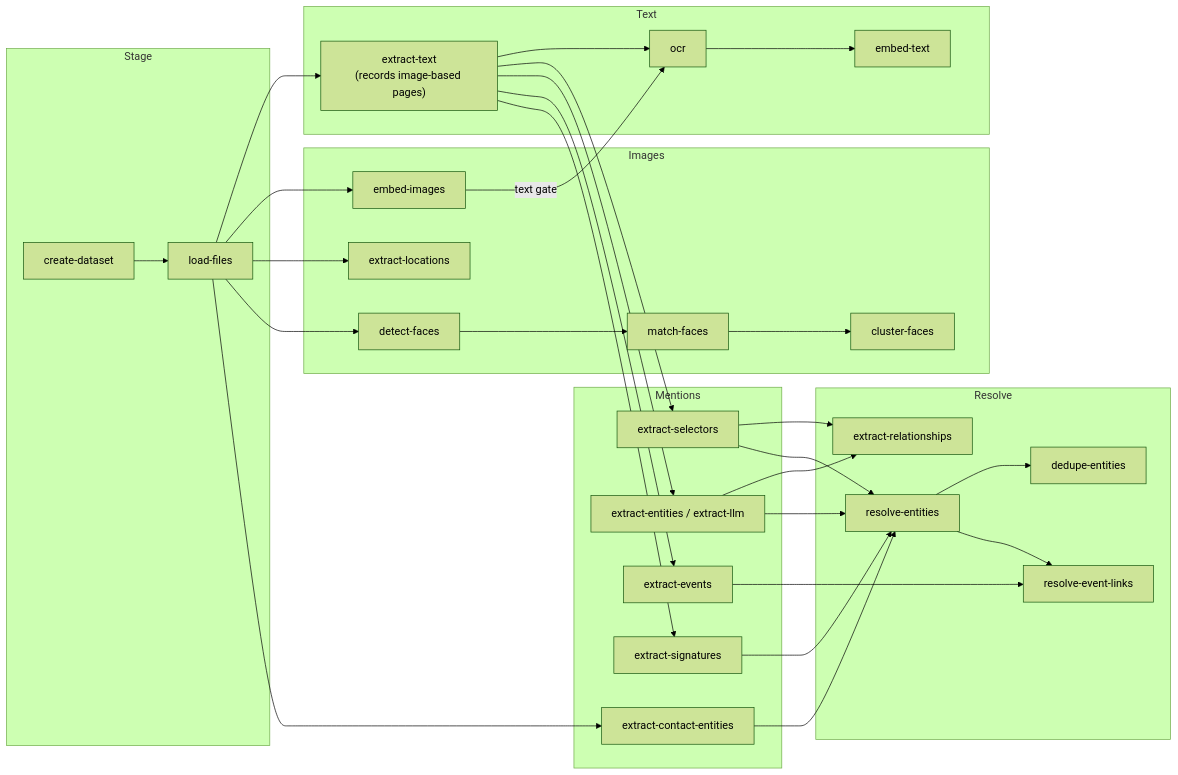
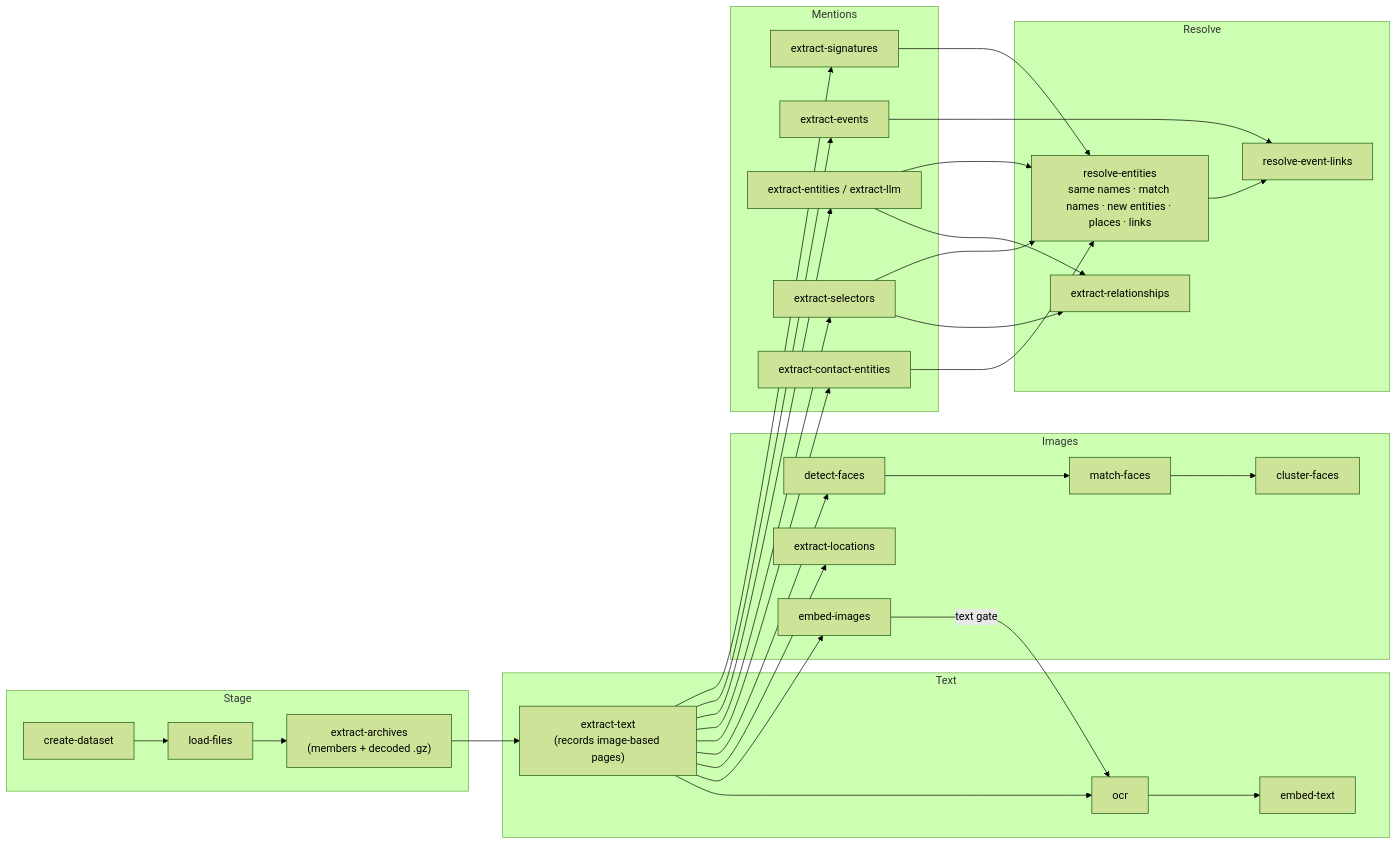
Before and after one commit to boltonn/cipher: the diagram in cipher/docs/running-analytics.md, drawn with Mermaid (forest theme). The commit also changed other lines of this file and 650 other files, not shown here.

````diff
--- a/cipher/docs/running-analytics.md
+++ b/cipher/docs/running-analytics.md
@@ -63,32 +64,33 @@
 ```mermaid
 flowchart LR
   subgraph Stage
-    A[create-dataset] --> B[load-files]
+    A[create-dataset] --> B[load-files] --> U["extract-archives<br/>(members + decoded .gz)"]
   end
   subgraph Text
     C["extract-text<br/>(records image-based pages)"] --> D[ocr] --> E[embed-text]
   end
   subgraph Images
     F[embed-images]
     G[extract-locations]
     H[detect-faces] --> I[match-faces] --> J[cluster-faces]
   end
   subgraph Mentions
     K[extract-selectors]
     L[extract-entities / extract-llm]
     M[extract-events]
     N[extract-contact-entities]
     O[extract-signatures]
   end
   subgraph Resolve
-    P[resolve-entities] --> Q[dedupe-entities]
+    P["resolve-entities<br/>same names · match names · new entities · places · links"]
     P --> R[resolve-event-links]
     S[extract-relationships]
   end
-  B --> C & F & G & H & N
+  U --> C
+  C --> F & G & H & N
   F -- text gate --> D
   C --> K & L & M & O
   K & L --> S
   K & L & N & O --> P
   M --> R
 ```
````
